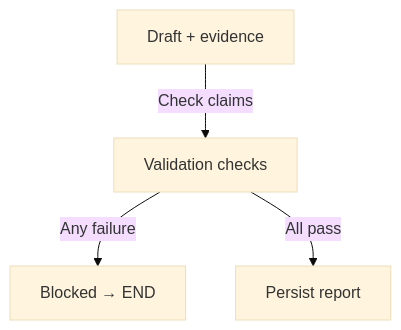
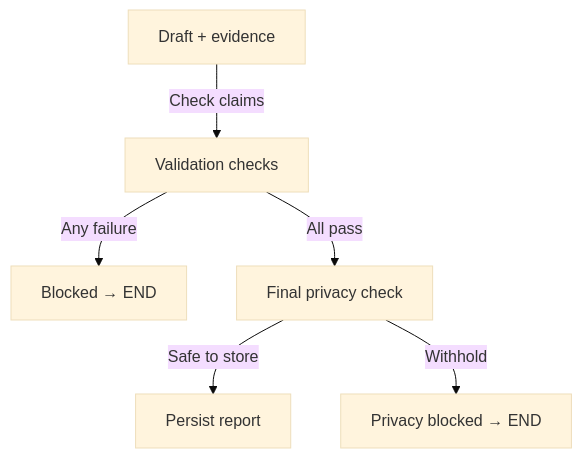
Before and after one commit to ByronHo68/ai-learning-academy: the seventh of 18 diagrams in docs/FINANCE_WORKFLOW_ATLAS.md, drawn with Mermaid (base theme). The commit also changed other lines of this file and 64 other files, not shown here.

````diff
--- a/docs/FINANCE_WORKFLOW_ATLAS.md
+++ b/docs/FINANCE_WORKFLOW_ATLAS.md
@@ -640,10 +721,14 @@
 ```mermaid
 flowchart TD
   n0["Draft + evidence"]
   n1["Validation checks"]
   n2["Blocked → END"]
-  n3["Persist report"]
+  n3["Final privacy check"]
+  n4["Persist report"]
+  n5["Privacy blocked → END"]
   n0 -- "Check claims" --> n1
   n1 -- "Any failure" --> n2
   n1 -- "All pass" --> n3
+  n3 -- "Safe to store" --> n4
+  n3 -- "Withhold" --> n5
 ```
````
